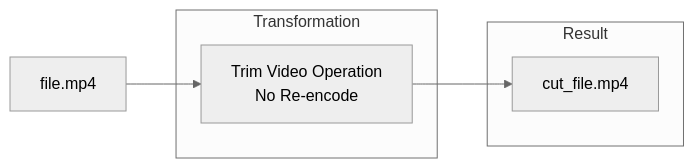
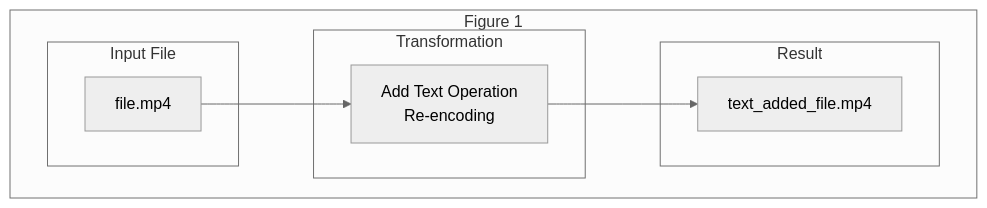
The first of 2 diagrams in content/posts/2024-09-10-gahara-video-editor.md (k1nho/blog), drawn with Mermaid (neutral theme) before and after one commit. The commit also changed other lines of this file, not shown here.

````diff
--- a/content/posts/2024-09-10-gahara-video-editor.md
+++ b/content/posts/2024-09-10-gahara-video-editor.md
@@ -21,13 +21,18 @@
 ```mermaid
 flowchart LR
-    c1[" file.mp4"]
-    subgraph Transformation
-    c2["Trim Video Operation <br> No Re-encode"]
-    end
-    subgraph Result
-    c3["cut_file.mp4"]
+    subgraph Figure1["Figure 1"]
+        direction LR
+        subgraph Input File
+            c1[" file.mp4"]
+        end
+        subgraph Transformation
+            c2["Add Text Operation <br> Re-encoding"]
+        end
+        subgraph Result
+            c3["text_added_file.mp4"]
+        end
     end
 
     c1 --> c2
     c2 --> c3
 ```
````
